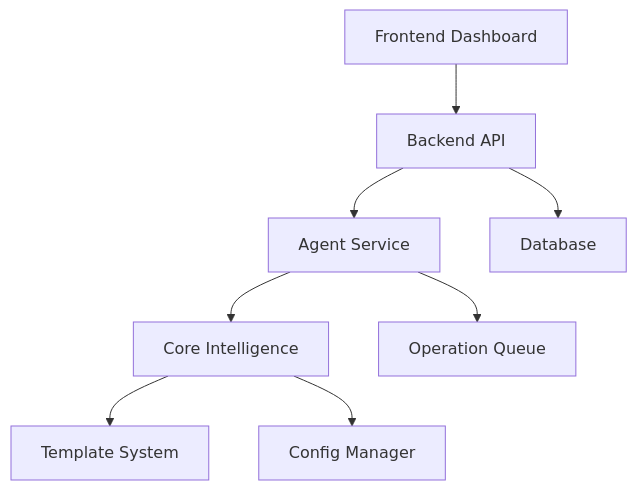
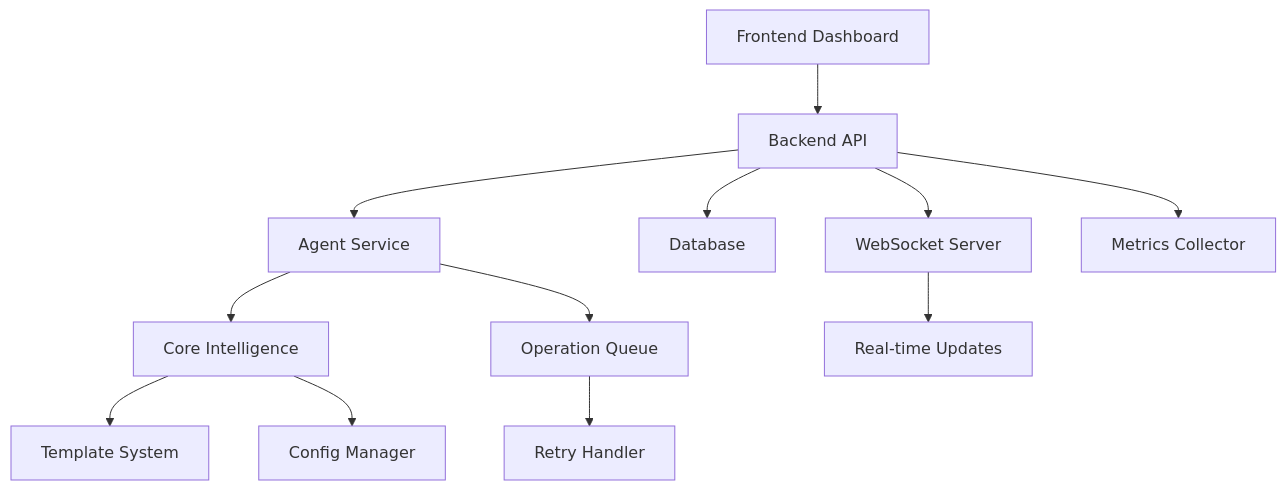
The first of 2 diagrams in docs/project_manifest.md (tony-42069/ai-staff-dev-agent), drawn with Mermaid before and after one commit. The commit also changed other lines of this file and 8 other files, not shown here.

First line of the commit message:
feat(monitoring): Implement real-time metrics system

````diff
--- a/docs/project_manifest.md
+++ b/docs/project_manifest.md
@@ -5,10 +5,14 @@
 ```mermaid
 graph TD
     A[Frontend Dashboard] --> B[Backend API]
     B --> C[Agent Service]
     C --> D[Core Intelligence]
     D --> E[Template System]
     B --> F[Database]
     C --> G[Operation Queue]
     D --> H[Config Manager]
+    G --> I[Retry Handler]
+    B --> J[WebSocket Server]
+    J --> K[Real-time Updates]
+    B --> L[Metrics Collector]
 ```
````
